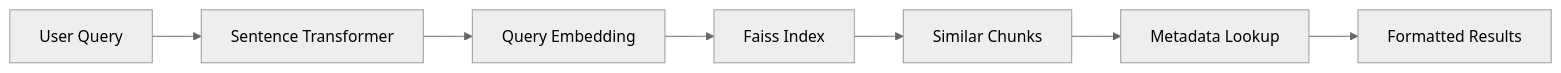
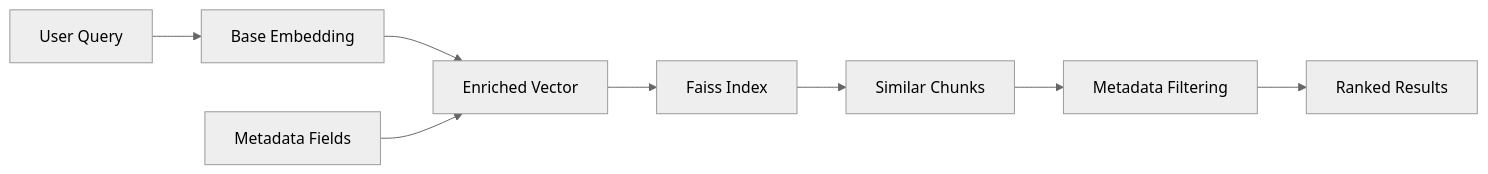
The diagram in docs/Search.md (csmangum/cfr_tool), drawn with Mermaid (neutral theme) before and after one commit. The commit also changed other lines of this file and 1 other file, not shown here.

First line of the commit message:
Update Search Documentation with Enriched Embedding Architecture and Advanced Search Features

````diff
--- a/docs/Search.md
+++ b/docs/Search.md
@@ -13,9 +14,10 @@
 ```mermaid
 graph LR
-    A[User Query] --> B[Sentence Transformer]
-    B --> C[Query Embedding]
+    A[User Query] --> B[Base Embedding]
+    B --> C[Enriched Vector]
+    M[Metadata Fields] --> C
     C --> D[Faiss Index]
     D --> E[Similar Chunks]
-    E --> F[Metadata Lookup]
-    F --> G[Formatted Results]
+    E --> F[Metadata Filtering]
+    F --> G[Ranked Results]
 ```
````
